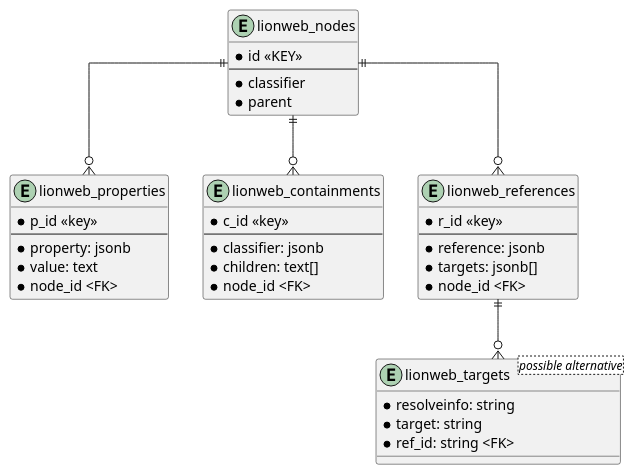
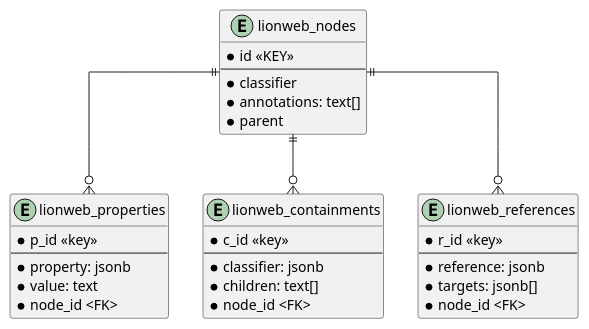
One commit to LionWeb-io/lionweb-repository changed the diagram in docs/database-schema.puml. Above: the diagram before and after it, drawn with PlantUML. The commit also changed 1 other file, not shown here.

Commit message:
Update database schema with annotations

```diff
--- a/docs/database-schema.puml
+++ b/docs/database-schema.puml
@@ -1,41 +1,36 @@
 @startuml
 skinparam linetype ortho
 
 entity lionweb_nodes {
     * id <<KEY>>
     --
     * classifier
+    * annotations: text[]
     * parent
 }
 entity lionweb_properties {
     * p_id <<key>>
     --
     * property: jsonb
     * value: text
     * node_id <FK>
 }
 entity lionweb_containments {
     * c_id <<key>>
     --
     * classifier: jsonb
     * children: text[]
     * node_id <FK>
 }
 entity lionweb_references {
     * r_id <<key>>
     --
     * reference: jsonb
     * targets: jsonb[]
     * node_id <FK>
 }
-entity lionweb_targets <possible alternative> {
-    * resolveinfo: string
-    * target: string 
-    * ref_id: string <FK>
-}
 
 lionweb_nodes  ||--o{ lionweb_properties
 lionweb_nodes  ||--o{ lionweb_containments
 lionweb_nodes  ||--o{ lionweb_references
-lionweb_references  ||--o{ lionweb_targets
 @enduml
```
